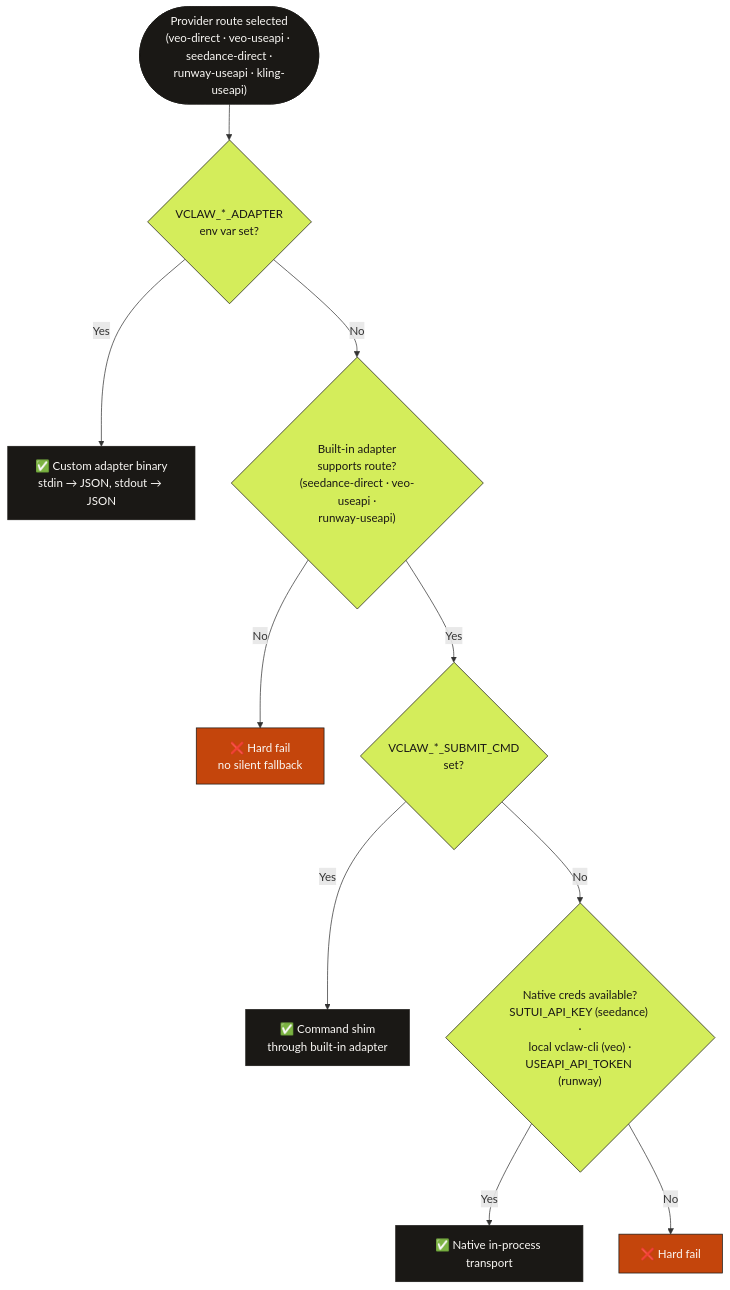
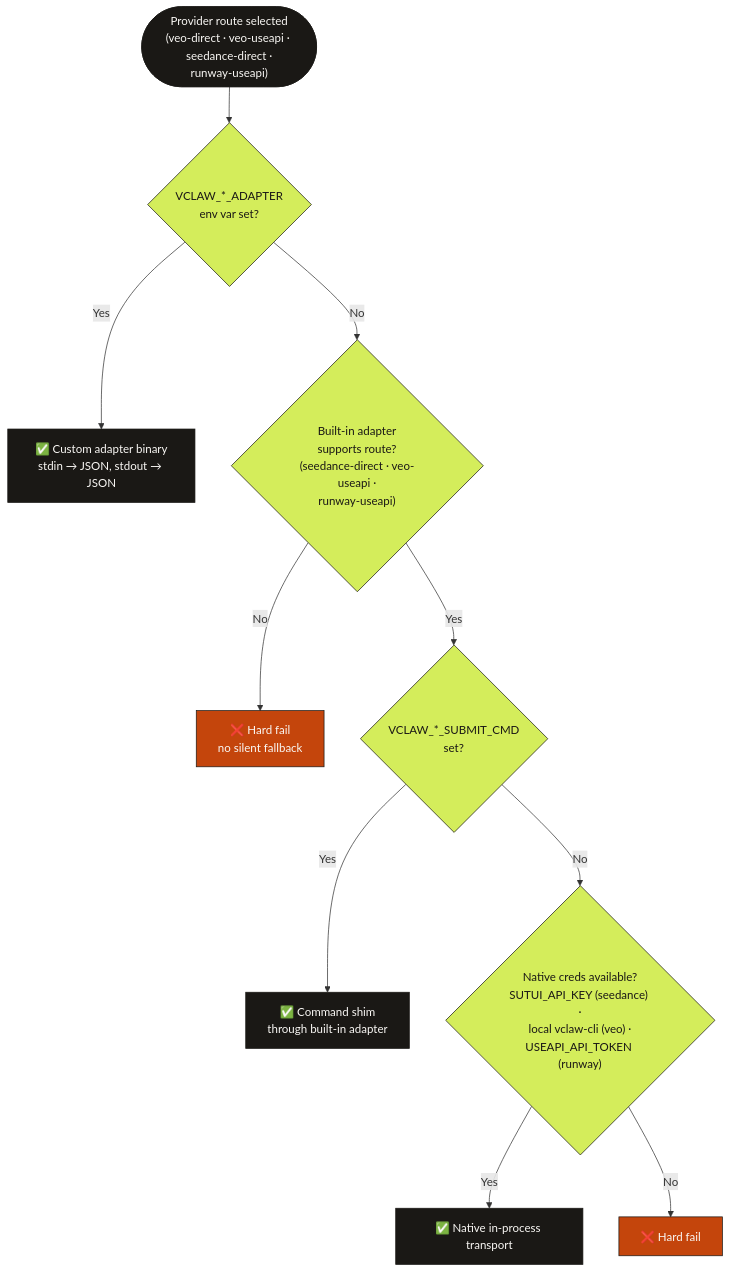
The second of 3 diagrams in docs/DIAGRAMS_SOURCE.md (davendra/videoclaw-v3), drawn with Mermaid before and after one commit. The commit also changed 5 other files, not shown here.

Commit message:
PROD-3: remove stale kling-useapi + seedance-useapi + omx route refs from docs (only 4 routes exist)

````diff
--- a/docs/DIAGRAMS_SOURCE.md
+++ b/docs/DIAGRAMS_SOURCE.md
@@ -56,19 +56,19 @@
 ```mermaid
 flowchart TD
-  Start(["Provider route selected<br/>(veo-direct · veo-useapi · seedance-direct ·<br/>runway-useapi · kling-useapi)"]) --> Q1{"VCLAW_*_ADAPTER<br/>env var set?"}
+  Start(["Provider route selected<br/>(veo-direct · veo-useapi · seedance-direct ·<br/>runway-useapi)"]) --> Q1{"VCLAW_*_ADAPTER<br/>env var set?"}
   Q1 -->|Yes| Custom["✅ Custom adapter binary<br/>stdin → JSON, stdout → JSON"]
   Q1 -->|No| Q2{"Built-in adapter<br/>supports route?<br/>(seedance-direct · veo-useapi ·<br/>runway-useapi)"}
   Q2 -->|No| Fail1["❌ Hard fail<br/>no silent fallback"]
   Q2 -->|Yes| Q3{"VCLAW_*_SUBMIT_CMD<br/>set?"}
   Q3 -->|Yes| Shim["✅ Command shim<br/>through built-in adapter"]
   Q3 -->|No| Q4{"Native creds available?<br/>SUTUI_API_KEY (seedance) ·<br/>local vclaw-cli (veo) ·<br/>USEAPI_API_TOKEN (runway)"}
   Q4 -->|Yes| Native["✅ Native in-process transport"]
   Q4 -->|No| Fail2["❌ Hard fail"]
 
   classDef decision fill:#d4ed5b,stroke:#1a1815,color:#1a1815
   classDef terminal fill:#1a1815,stroke:#1a1815,color:#faf8f5
   classDef fail fill:#c4450c,stroke:#1a1815,color:#faf8f5
   class Q1,Q2,Q3,Q4 decision
   class Custom,Shim,Native,Start terminal
   class Fail1,Fail2 fail
 ```
````
